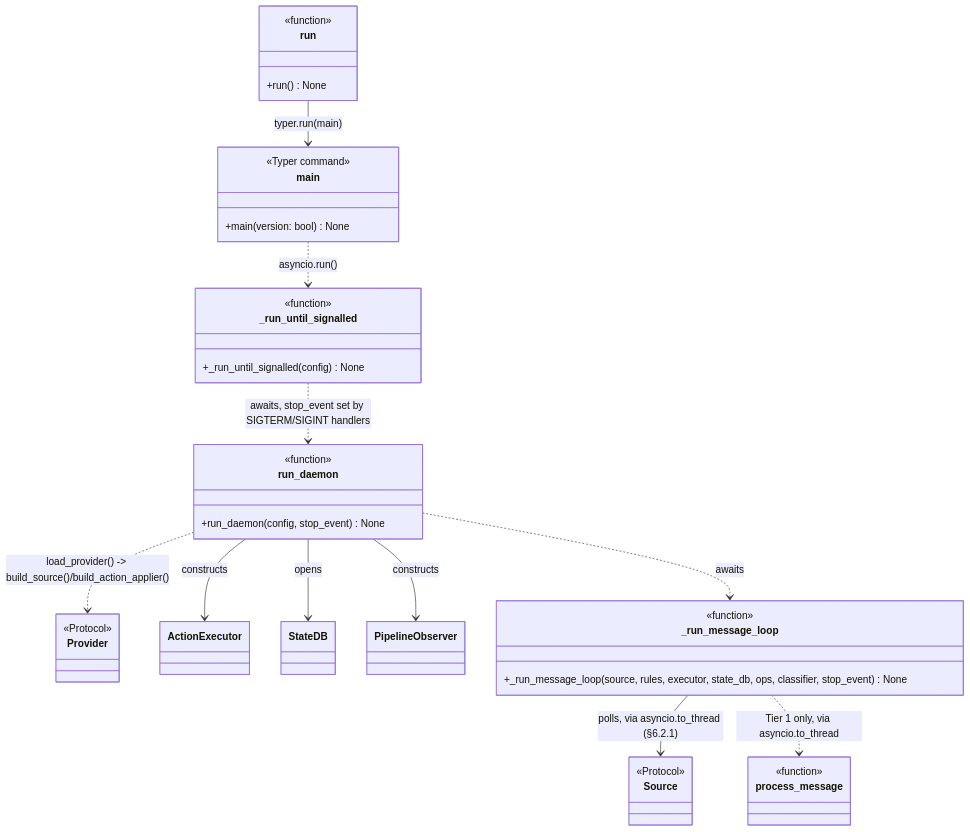
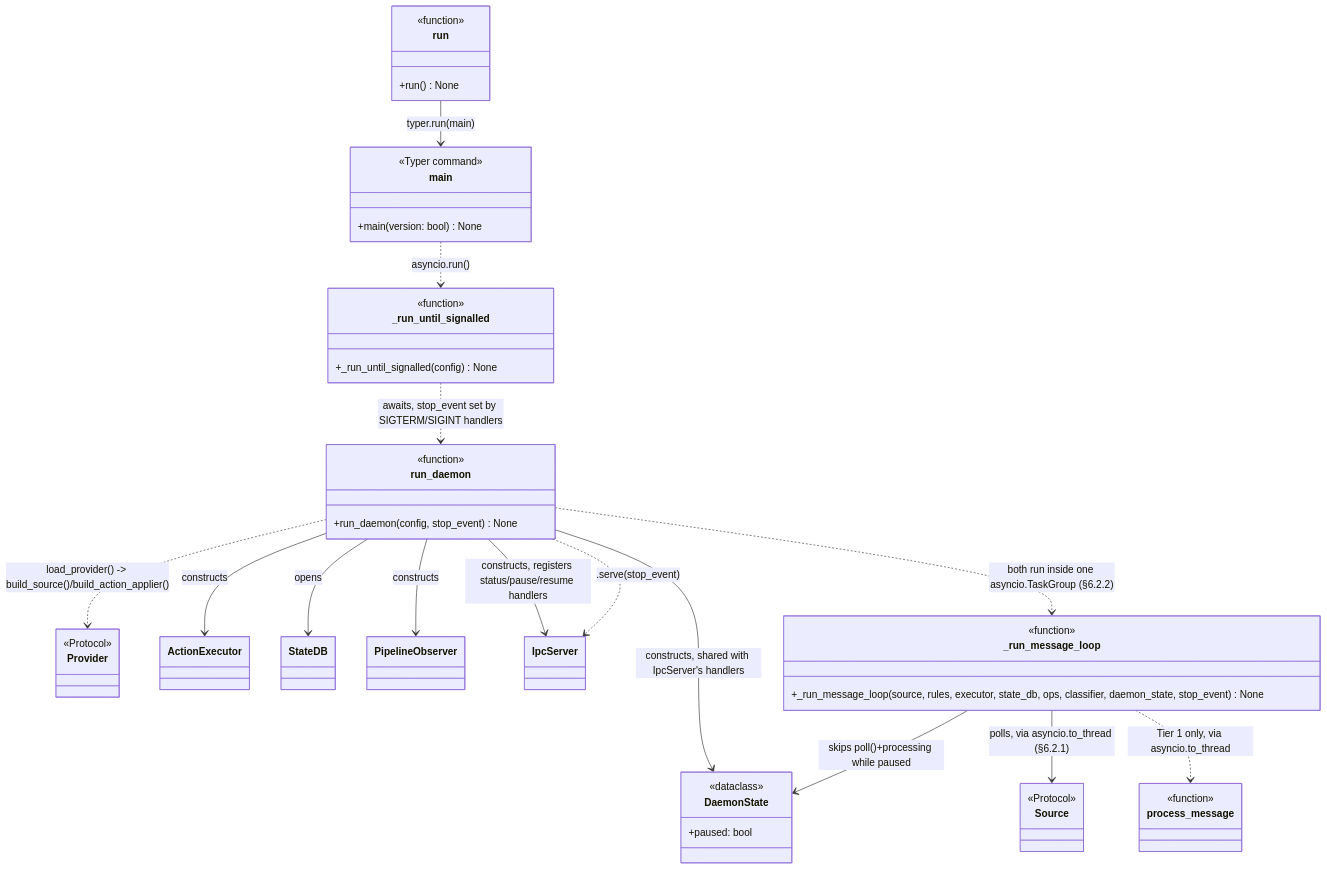
One commit to Stainless5166/friendly-octo-spork changed diagram 32 of 34 in docs/DESIGN.md. Above: the diagram before and after it, drawn with Mermaid. The commit also changed other lines of this file, not shown here.

````diff
--- a/docs/DESIGN.md
+++ b/docs/DESIGN.md
@@ -1474,41 +1594,51 @@
 ```mermaid
 classDiagram
     class main {
         <<Typer command>>
         +main(version: bool) None
     }
     class run {
         <<function>>
         +run() None
     }
     class Provider { <<Protocol>> }
     class Source { <<Protocol>> }
     class ActionExecutor
     class StateDB
     class PipelineObserver
     class process_message { <<function>> }
+    class IpcServer
+
+    class DaemonState {
+        <<dataclass>>
+        +paused: bool
+    }
 
     class run_daemon {
         <<function>>
         +run_daemon(config, stop_event) None
     }
     class _run_message_loop {
         <<function>>
-        +_run_message_loop(source, rules, executor, state_db, ops, classifier, stop_event) None
+        +_run_message_loop(source, rules, executor, state_db, ops, classifier, daemon_state, stop_event) None
     }
     class _run_until_signalled {
         <<function>>
         +_run_until_signalled(config) None
     }
 
     run --> main : typer.run(main)
     main ..> _run_until_signalled : asyncio.run()
     _run_until_signalled ..> run_daemon : awaits, stop_event set by SIGTERM/SIGINT handlers
     run_daemon ..> Provider : load_provider() -> build_source()/build_action_applier()
     run_daemon --> ActionExecutor : constructs
     run_daemon --> StateDB : opens
     run_daemon --> PipelineObserver : constructs
-    run_daemon ..> _run_message_loop : awaits
+    run_daemon --> DaemonState : constructs, shared with IpcServer's handlers
+    run_daemon --> IpcServer : constructs, registers status/pause/resume handlers
+    run_daemon ..> _run_message_loop : both run inside one asyncio.TaskGroup (§6.2.2)
+    run_daemon ..> IpcServer : .serve(stop_event)
     _run_message_loop --> Source : polls, via asyncio.to_thread (§6.2.1)
+    _run_message_loop --> DaemonState : skips poll()+processing while paused
     _run_message_loop ..> process_message : Tier 1 only, via asyncio.to_thread
 ```
````
